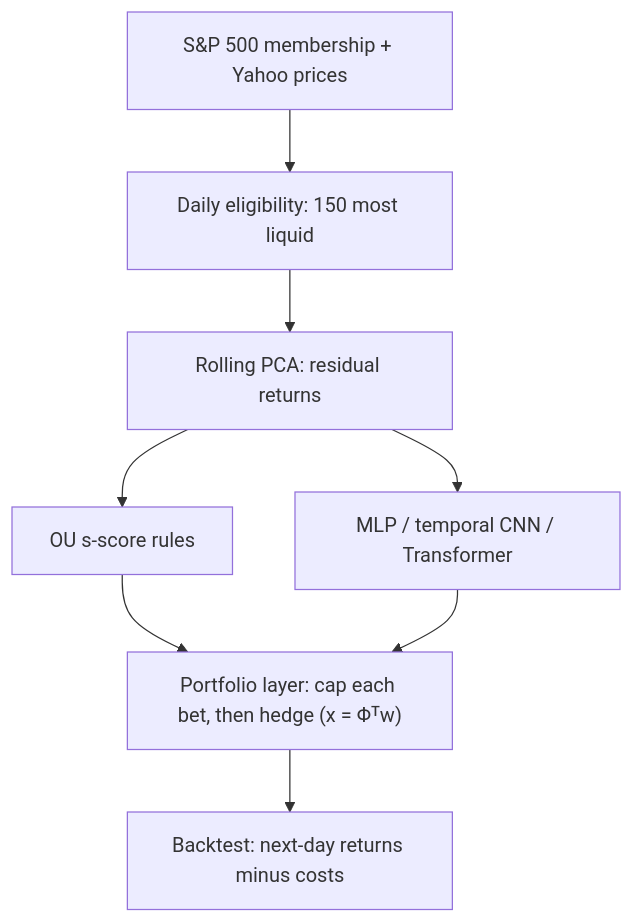
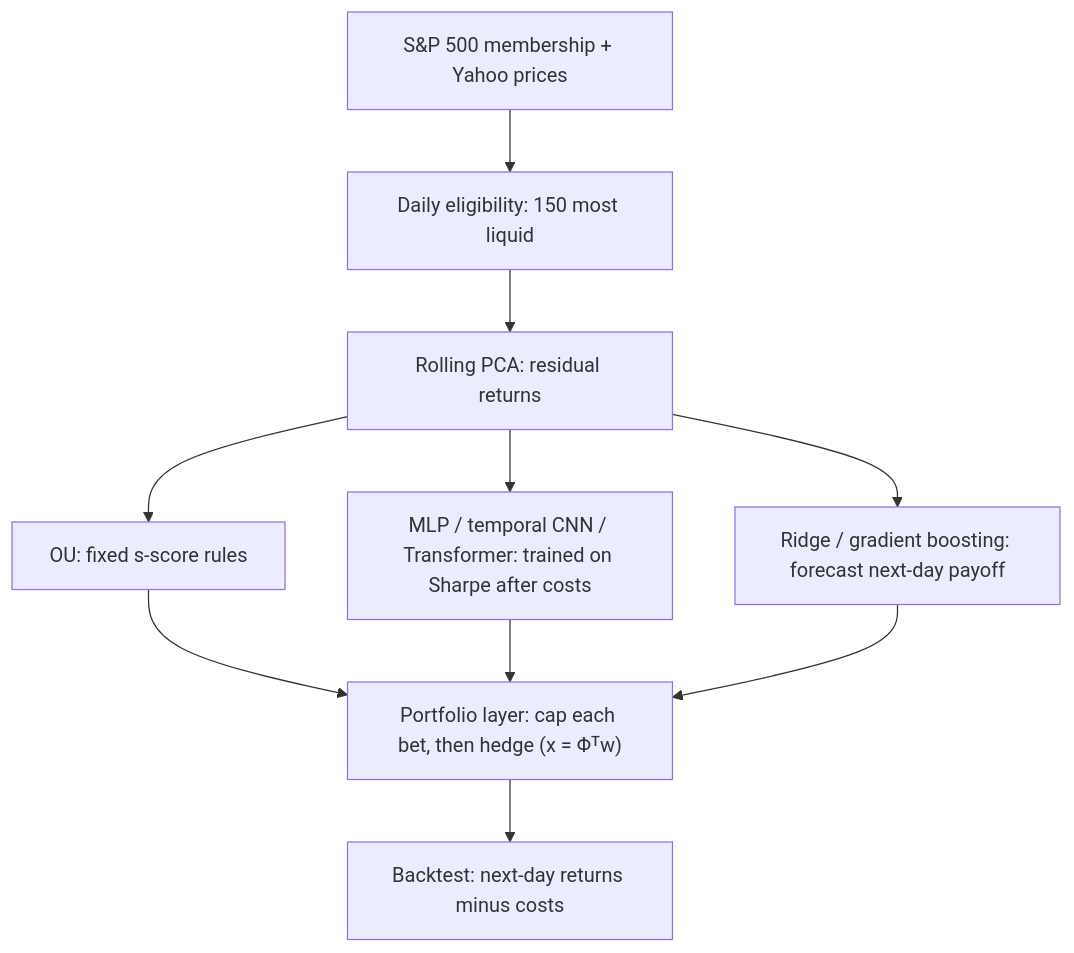
One commit to Amay-M-Nair/Sharpee changed the diagram in README.md. Above: the diagram before and after it, drawn with Mermaid. The commit also changed other lines of this file, not shown here.

Commit message:
README: show the non-neural baselines in the architecture diagram and overview

````diff
--- a/README.md
+++ b/README.md
@@ -27,10 +27,12 @@
 ```mermaid
 flowchart TD
     A["S&P 500 membership + Yahoo prices"] --> B["Daily eligibility: 150 most liquid"]
     B --> C["Rolling PCA: residual returns"]
-    C --> D1["OU s-score rules"]
-    C --> D2["MLP / temporal CNN / Transformer"]
+    C --> D1["OU: fixed s-score rules"]
+    C --> D2["MLP / temporal CNN / Transformer: trained on Sharpe after costs"]
+    C --> D3["Ridge / gradient boosting: forecast next-day payoff"]
     D1 --> E["Portfolio layer: cap each bet, then hedge (x = Φᵀw)"]
     D2 --> E
+    D3 --> E
     E --> F["Backtest: next-day returns minus costs"]
 ```
````
